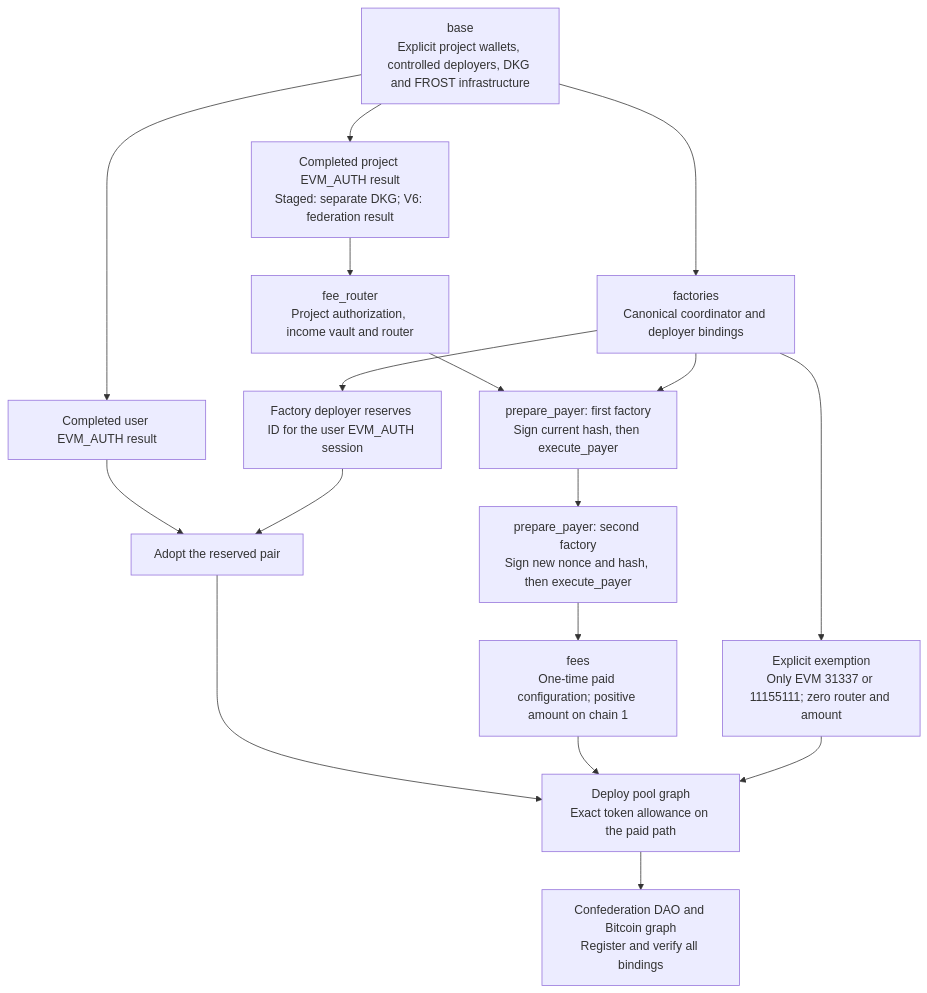
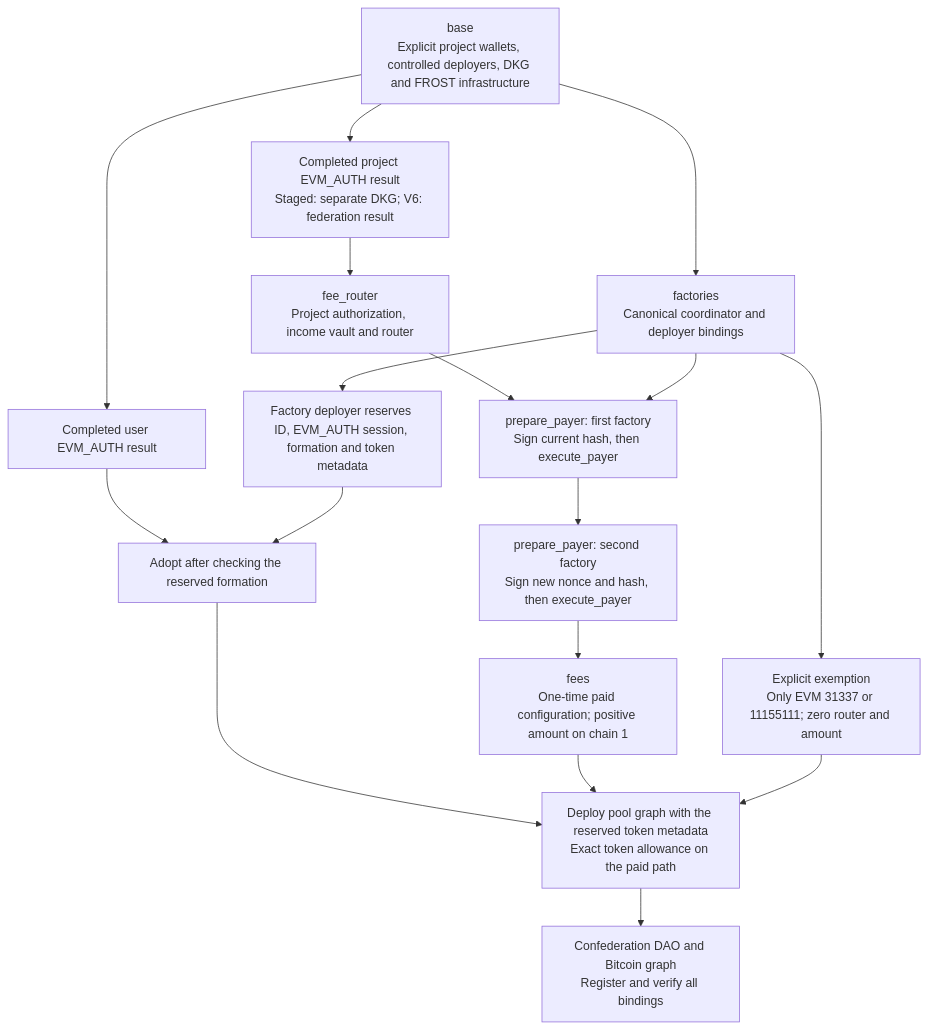
The third of 8 diagrams in docs/ARCHITECTURE.md (SergeyBelets/SatFiSetup), drawn with Mermaid before and after one commit. The commit also changed other lines of this file and 364 other files, not shown here.

````diff
--- a/docs/ARCHITECTURE.md
+++ b/docs/ARCHITECTURE.md
@@ -235,34 +237,34 @@
 ```mermaid
 flowchart TD
   accTitle: SatoshiFi architecture 3
   accDescr: Implemented component relationships; network and authorization boundaries remain explicit.
   B["base<br/>Explicit project wallets, controlled deployers, DKG and FROST infrastructure"]
   F["factories<br/>Canonical coordinator and deployer bindings"]
   D["Completed project EVM_AUTH result<br/>Staged: separate DKG; V6: federation result"]
   R["fee_router<br/>Project authorization, income vault and router"]
   P1["prepare_payer: first factory<br/>Sign current hash, then execute_payer"]
   P2["prepare_payer: second factory<br/>Sign new nonce and hash, then execute_payer"]
   FE["fees<br/>One-time paid configuration; positive amount on chain 1"]
   EX["Explicit exemption<br/>Only EVM 31337 or 11155111; zero router and amount"]
-  I["Factory deployer reserves ID for the user EVM_AUTH session"]
+  I["Factory deployer reserves ID, EVM_AUTH session, formation and token metadata"]
   K["Completed user EVM_AUTH result"]
-  A["Adopt the reserved pair"]
-  U["Deploy pool graph<br/>Exact token allowance on the paid path"]
+  A["Adopt after checking the reserved formation"]
+  U["Deploy pool graph with the reserved token metadata<br/>Exact token allowance on the paid path"]
   DAO["Confederation DAO and Bitcoin graph<br/>Register and verify all bindings"]
   B --> K
   B --> F
   B --> D
   F --> I
   K --> A
   I --> A
   D --> R
   R --> P1
   F --> P1
   P1 --> P2
   P2 --> FE
   F --> EX
   A --> U
   FE --> U
   EX --> U
   U --> DAO
 ```
````
